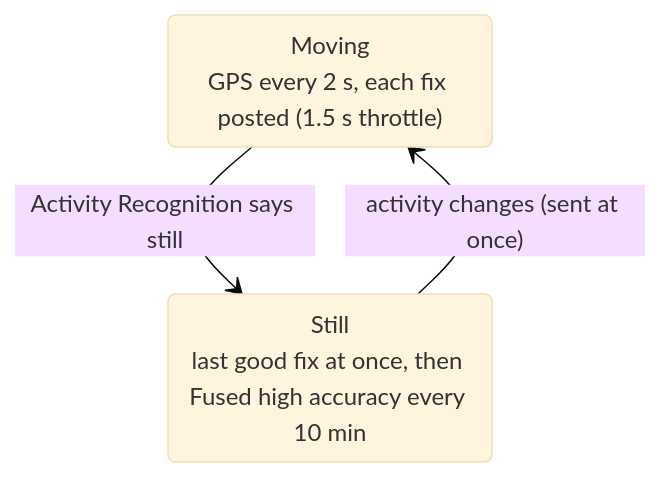
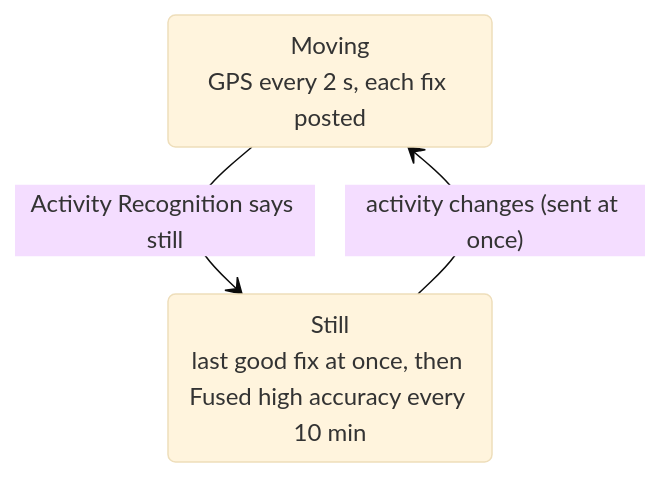
The first of 2 diagrams in docs/architecture/sending.md (PeppeOsmio/lockate), drawn with Mermaid (base theme) before and after one commit. The commit also changed other lines of this file and 16 other files, not shown here.

````diff
--- a/docs/architecture/sending.md
+++ b/docs/architecture/sending.md
@@ -10,7 +10,7 @@
 ```mermaid
 stateDiagram-v2
-    Moving: Moving<br/>GPS every 2 s, each fix posted (1.5 s throttle)
+    Moving: Moving<br/>GPS every 2 s, each fix posted
     Still: Still<br/>last good fix at once, then Fused high accuracy every 10 min
     Moving --> Still: Activity Recognition says still
     Still --> Moving: activity changes (sent at once)
 ```
````
